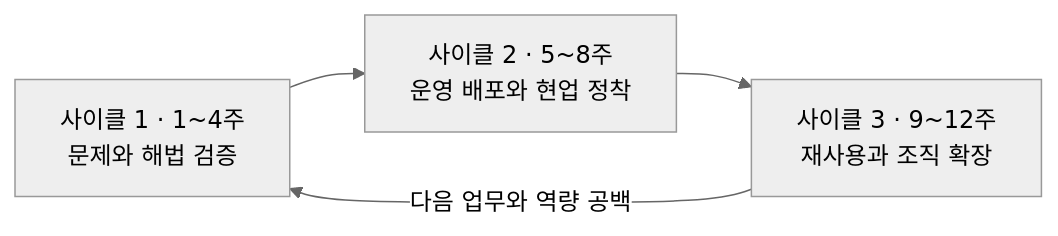
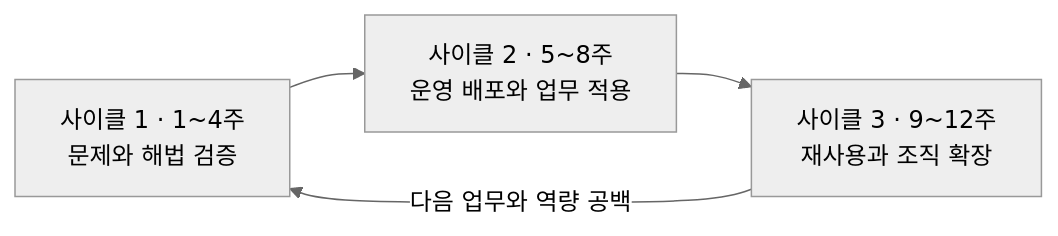
One commit to woogi-kang/ax-engineer-roadmap changed the diagram in learning-paths/12-week-practice.md. Above: the diagram before and after it, drawn with Mermaid (neutral theme). The commit also changed other lines of this file and 217 other files, not shown here.

First line of the commit message:
docs: refresh AX roadmap and retire legacy site (#29)

````diff
--- a/learning-paths/12-week-practice.md
+++ b/learning-paths/12-week-practice.md
@@ -7,6 +7,6 @@
 ```mermaid
 flowchart LR
-    C1["사이클 1 · 1~4주<br/>문제와 해법 검증"] --> C2["사이클 2 · 5~8주<br/>운영 배포와 현업 정착"]
+    C1["사이클 1 · 1~4주<br/>문제와 해법 검증"] --> C2["사이클 2 · 5~8주<br/>운영 배포와 업무 적용"]
     C2 --> C3["사이클 3 · 9~12주<br/>재사용과 조직 확장"]
     C3 -->|"다음 업무와 역량 공백"| C1
 ```
````
